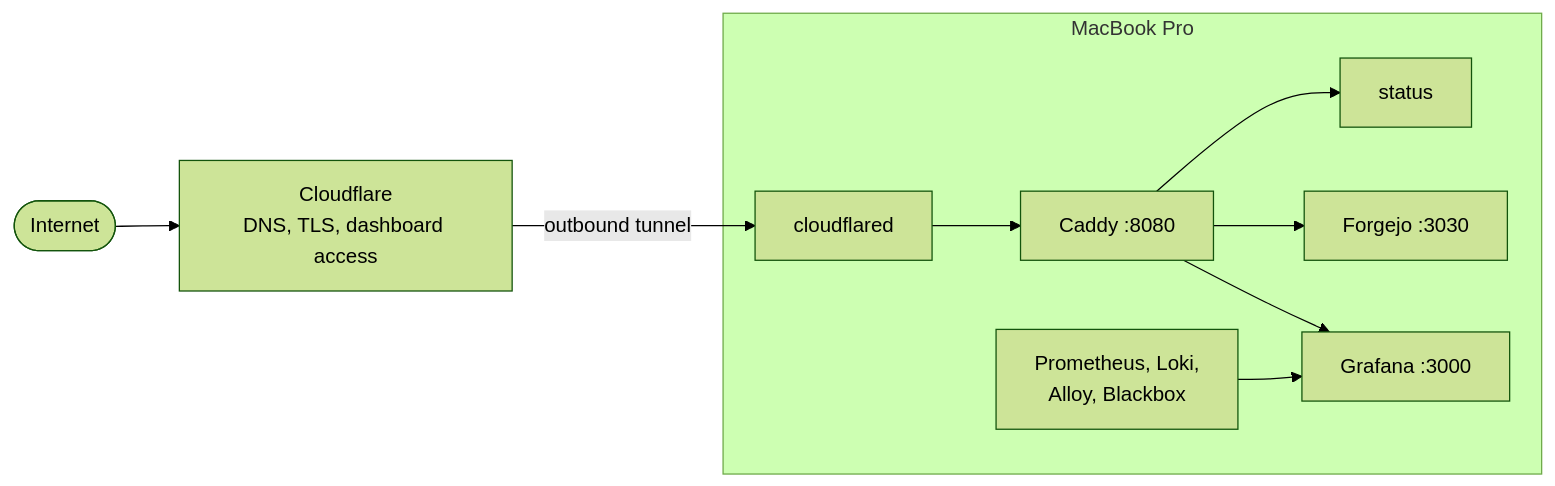
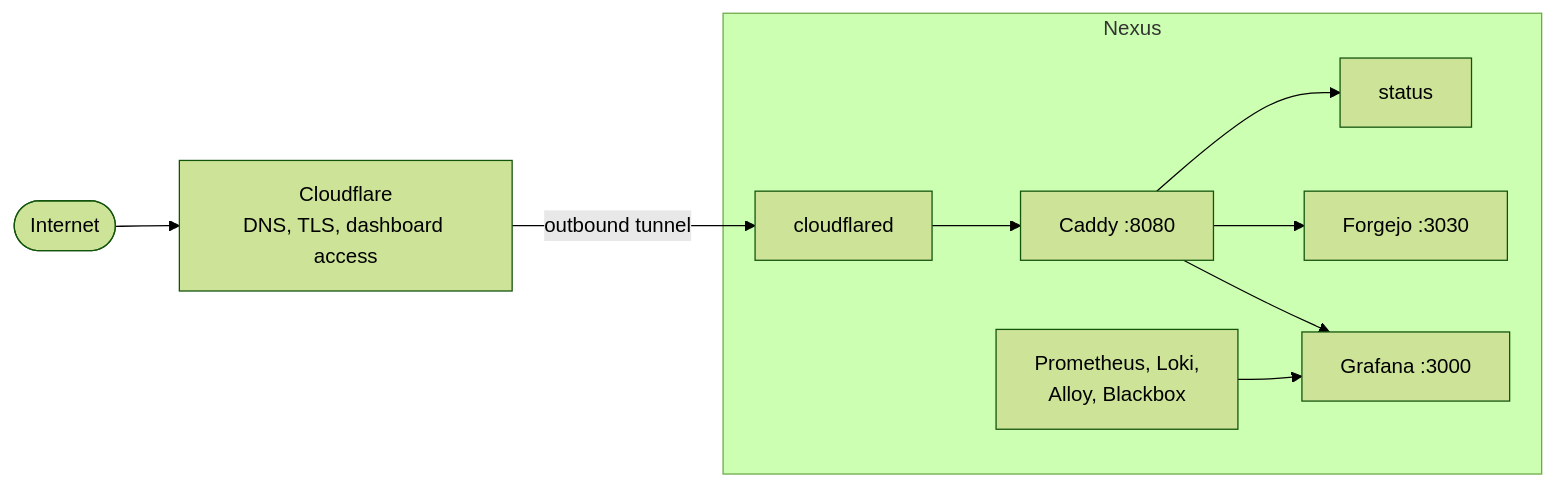
One commit to mac95sb/configuration changed the diagram in README.md. Above: the diagram before and after it, drawn with Mermaid (forest theme). The commit also changed 2 other files, not shown here.

Commit message:
Rename server-facing labels to Nexus

````diff
--- a/README.md
+++ b/README.md
@@ -35,14 +35,14 @@
 ```mermaid
 flowchart LR
     Internet([Internet]) --> Cloudflare[Cloudflare<br/>DNS, TLS, dashboard access]
 
-    subgraph Host[MacBook Pro]
+    subgraph Host[Nexus]
         Cloudflared[cloudflared] --> Caddy[Caddy :8080]
         Caddy --> Status[status]
         Caddy --> Forgejo[Forgejo :3030]
         Caddy --> Grafana[Grafana :3000]
         Observability[Prometheus, Loki,<br/>Alloy, Blackbox] --> Grafana
     end
 
     Cloudflare -->|outbound tunnel| Cloudflared
 ```
````
